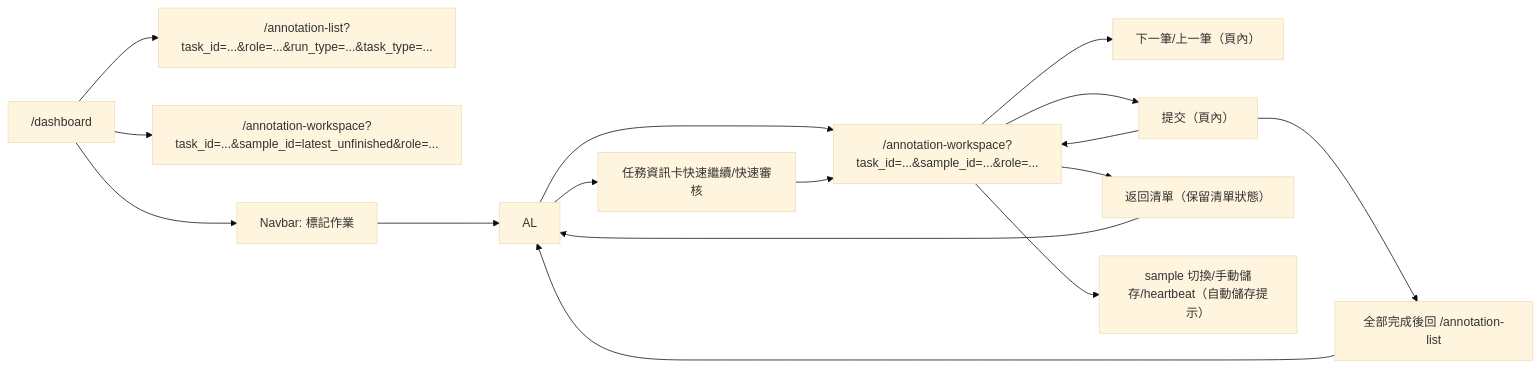
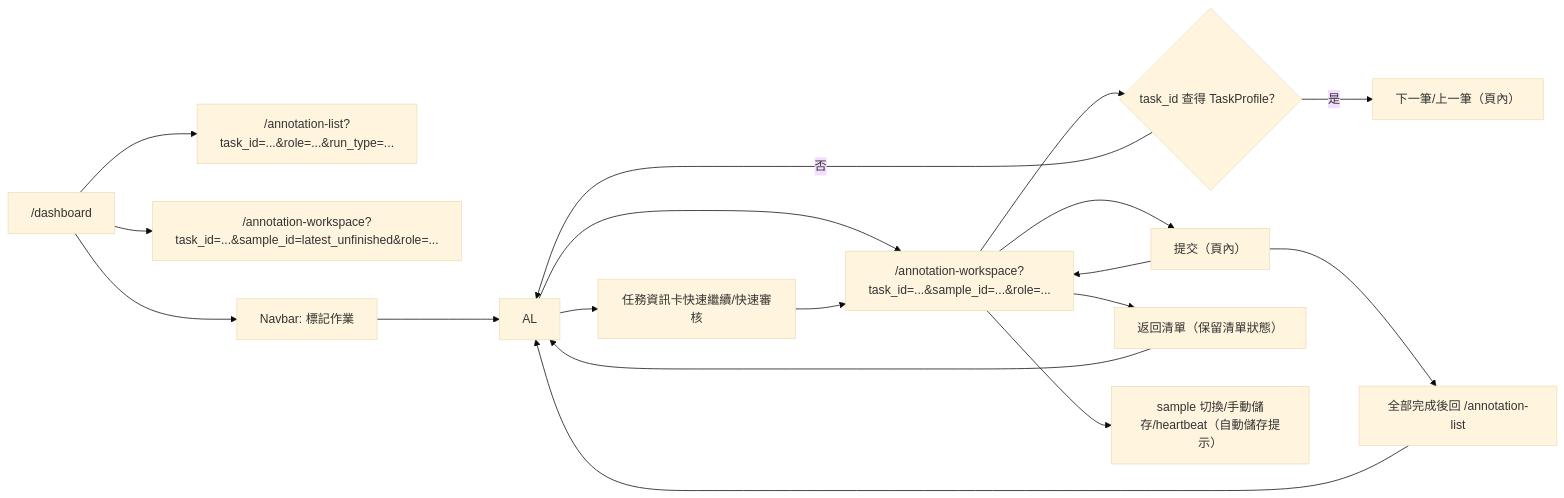
The second of 2 diagrams in specs/annotation/015-annotation-workspace/spec.md (singyichen/label-suite), drawn with Mermaid (base theme) before and after one commit. The commit also changed other lines of this file and 2 other files, not shown here.

````diff
--- a/specs/annotation/015-annotation-workspace/spec.md
+++ b/specs/annotation/015-annotation-workspace/spec.md
@@ -506,18 +485,20 @@
 ```mermaid
 flowchart LR
-    D["/dashboard"] --> ALQ["/annotation-list?task_id=...&role=...&run_type=...&task_type=..."]
+    D["/dashboard"] --> ALQ["/annotation-list?task_id=...&role=...&run_type=..."]
     D --> AWQ["/annotation-workspace?task_id=...&sample_id=latest_unfinished&role=..."]
     D --> NAV["Navbar: 標記作業"]
     NAV --> AL
     AL --> AW["/annotation-workspace?task_id=...&sample_id=...&role=..."]
     AL --> AWQC["任務資訊卡快速繼續/快速審核"]
     AWQC --> AW
-    AW --> NEXT["下一筆/上一筆（頁內）"]
+    AW --> PROFILE{"task_id 查得 TaskProfile？"}
+    PROFILE -->|否| AL
+    PROFILE -->|是| NEXT["下一筆/上一筆（頁內）"]
     AW --> SUBMIT["提交（頁內）"]
     SUBMIT --> AW
     SUBMIT --> ALDONE["全部完成後回 /annotation-list"]
     ALDONE --> AL
     AW --> BACK["返回清單（保留清單狀態）"]
     BACK --> AL
     AW --> AUTO["sample 切換/手動儲存/heartbeat（自動儲存提示）"]
 ```
````
